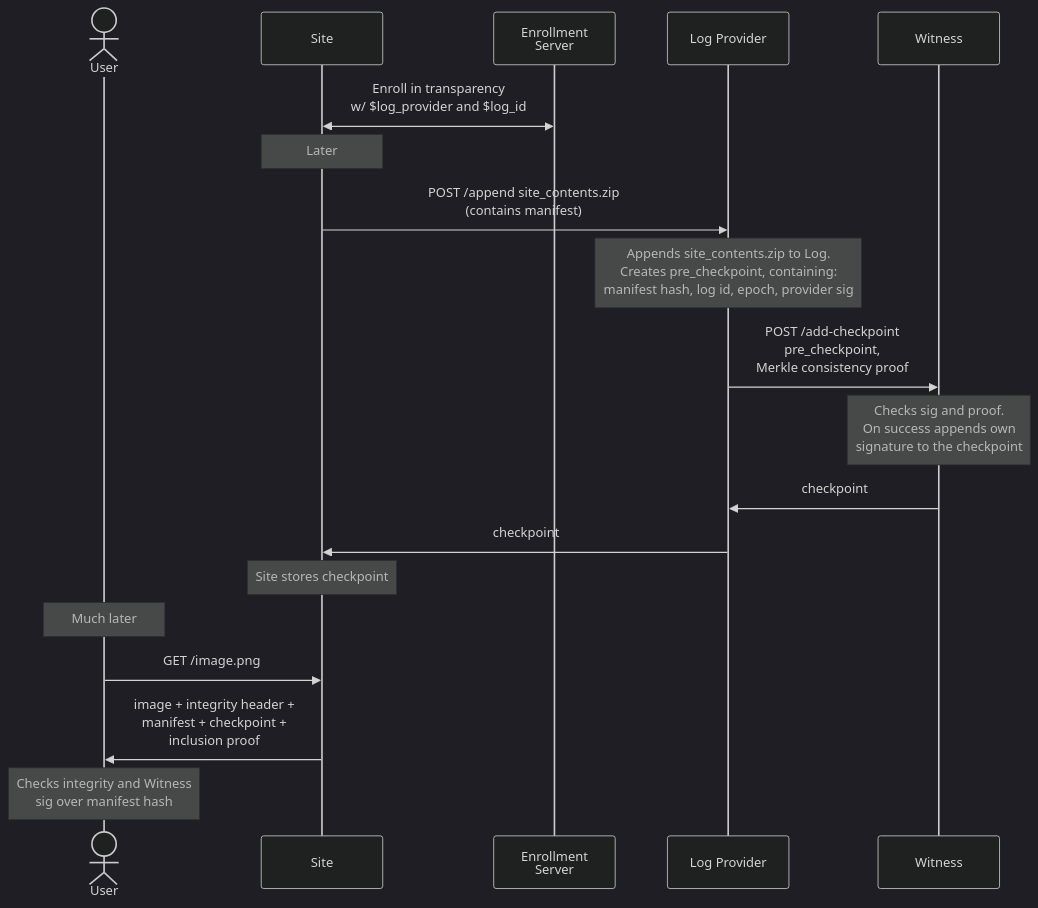
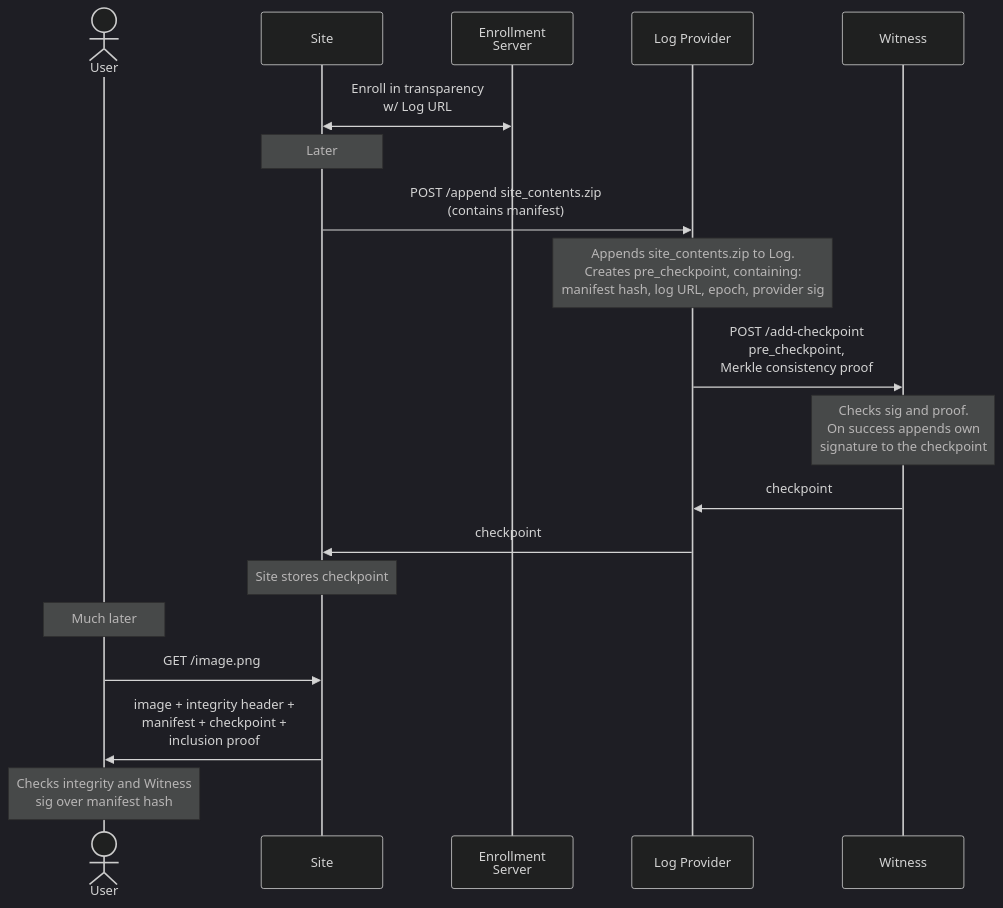
One commit to rozbb/draft-waict-transparency changed the diagram in draft-waict-transparency.md. Above: the diagram before and after it, drawn with Mermaid (dark theme). The commit also changed other lines of this file, not shown here.

Commit message:
Replaced Log ID triple with Log URL

````diff
--- a/draft-waict-transparency.md
+++ b/draft-waict-transparency.md
@@ -27,21 +27,21 @@
 ```mermaid
 sequenceDiagram
   actor U as User
   participant S as Site
   participant E as Enrollment<br/>Server
   participant L as Log Provider
   participant W as Witness
-  S<<->>E: Enroll in transparency <br/> w/ $log_provider and $log_id
+  S<<->>E: Enroll in transparency <br/> w/ Log URL
   note over S: Later
   S->>L: POST /append  site_contents.zip <br /> (contains manifest)
-  note over L: Appends site_contents.zip to Log. <br/> Creates pre_checkpoint, containing: <br/> manifest hash, log id, epoch, provider sig
+  note over L: Appends site_contents.zip to Log. <br/> Creates pre_checkpoint, containing: <br/> manifest hash, log URL, epoch, provider sig
   L->>W: POST /add-checkpoint <br /> pre_checkpoint, <br/> Merkle consistency proof
   note over W:  Checks sig and proof. <br /> On success appends own <br/>signature to the checkpoint
   W->>L: checkpoint
   L->>S: checkpoint
   note over S: Site stores checkpoint
   note over U: Much later
   U->>S: GET /image.png
   S->>U:image + integrity header + <br /> manifest + checkpoint + <br/> inclusion proof
   note over U: Checks integrity and Witness <br/> sig over manifest hash
 ```
````
